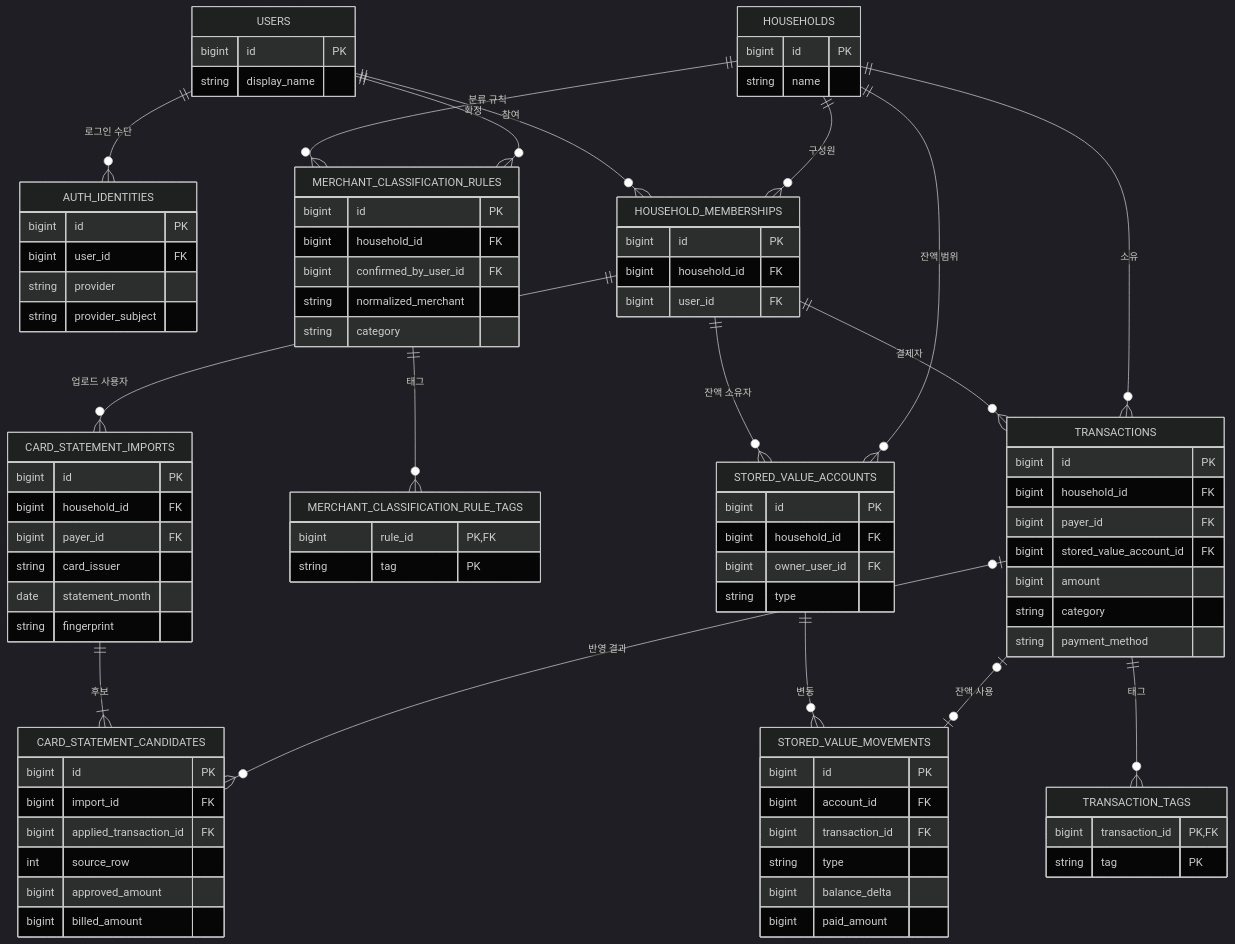
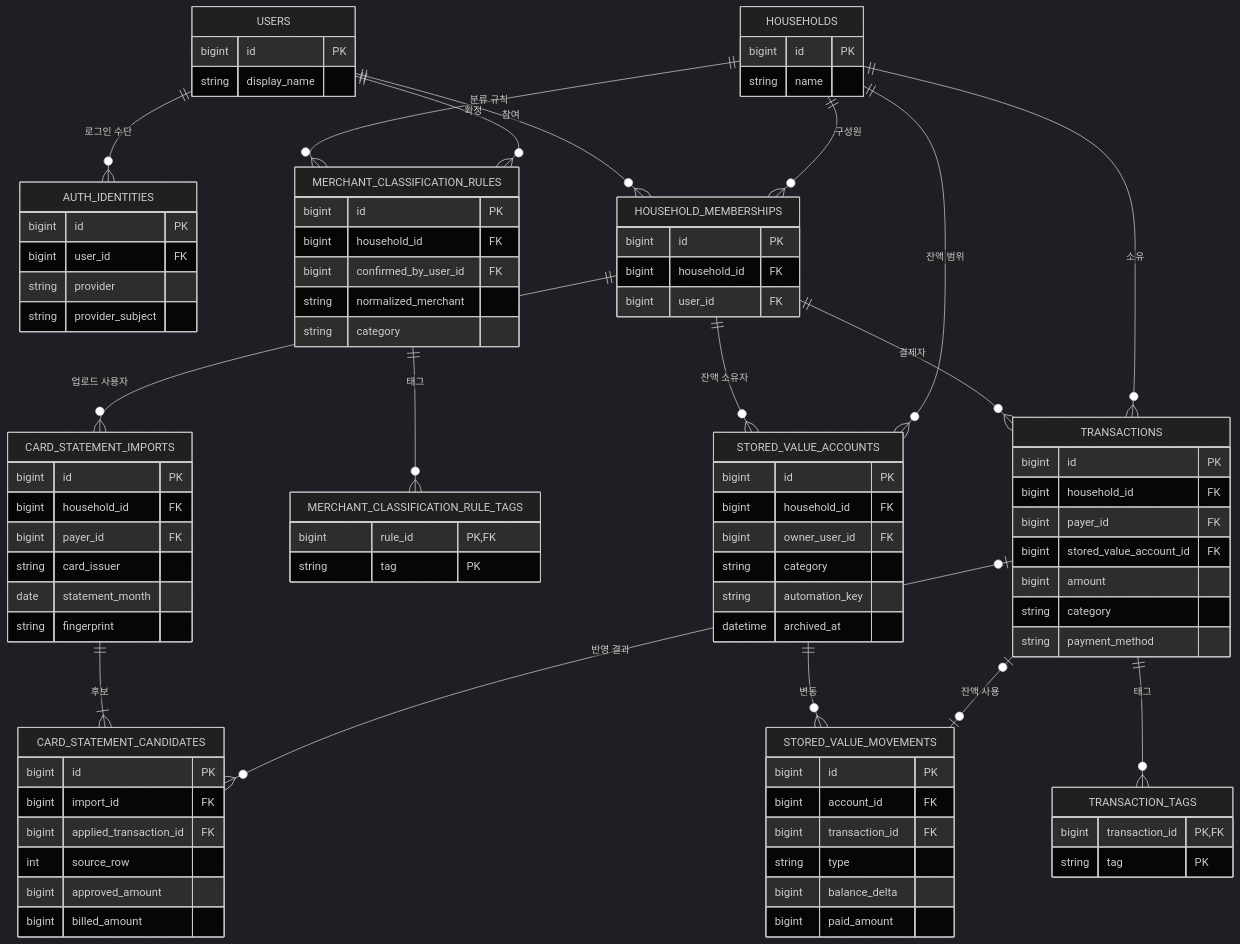
The diagram in docs/DATA_MODEL.md (takeown/woorijip), drawn with Mermaid (dark theme) before and after one commit. The commit also changed other lines of this file and 33 other files, not shown here.

```diff
--- a/docs/DATA_MODEL.md
+++ b/docs/DATA_MODEL.md
@@ -90,7 +90,9 @@
         bigint id PK
         bigint household_id FK
         bigint owner_user_id FK
-        string type
+        string category
+        string automation_key
+        datetime archived_at
     }
     STORED_VALUE_MOVEMENTS {
         bigint id PK
```
